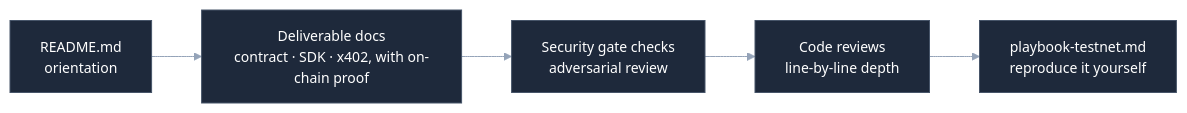
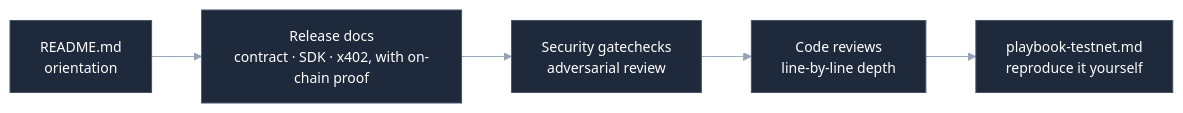
Before and after one commit to reapp-protocol/reapp-protocol: the diagram in docs/list.md, drawn with Mermaid. The commit also changed other lines of this file and 37 other files, not shown here.

````diff
--- a/docs/list.md
+++ b/docs/list.md
@@ -15,8 +15,8 @@
 ```mermaid
 %%{init: {'theme':'base','themeVariables':{'fontSize':'14px','lineColor':'#94a3b8','primaryColor':'#1e293b','primaryTextColor':'#ffffff','primaryBorderColor':'#475569'}}}%%
 flowchart LR
-  A[README.md<br/>orientation] --> B[Deliverable docs<br/>contract · SDK · x402, with on-chain proof]
-  B --> D[Security gate checks<br/>adversarial review]
+  A[README.md<br/>orientation] --> B[Release docs<br/>contract · SDK · x402, with on-chain proof]
+  B --> D[Security gatechecks<br/>adversarial review]
   D --> E[Code reviews<br/>line-by-line depth]
   E --> F[playbook-testnet.md<br/>reproduce it yourself]
 ```
````
